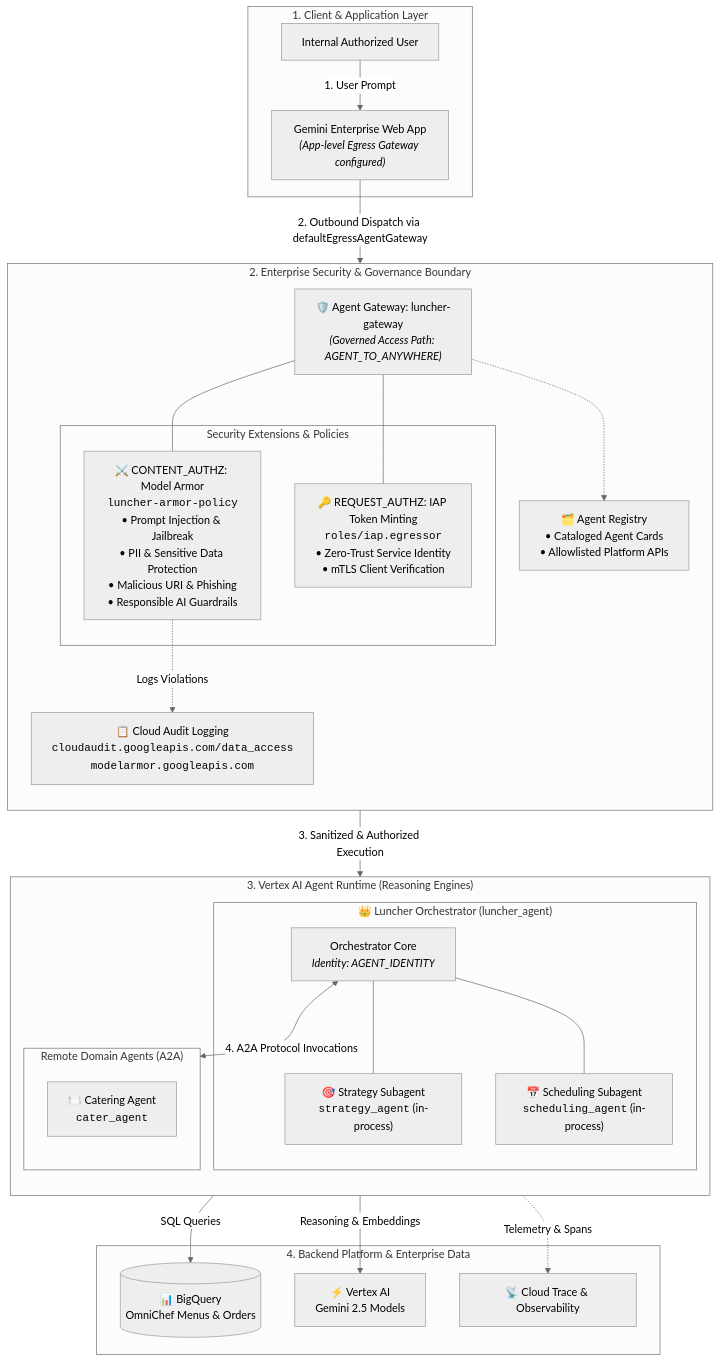
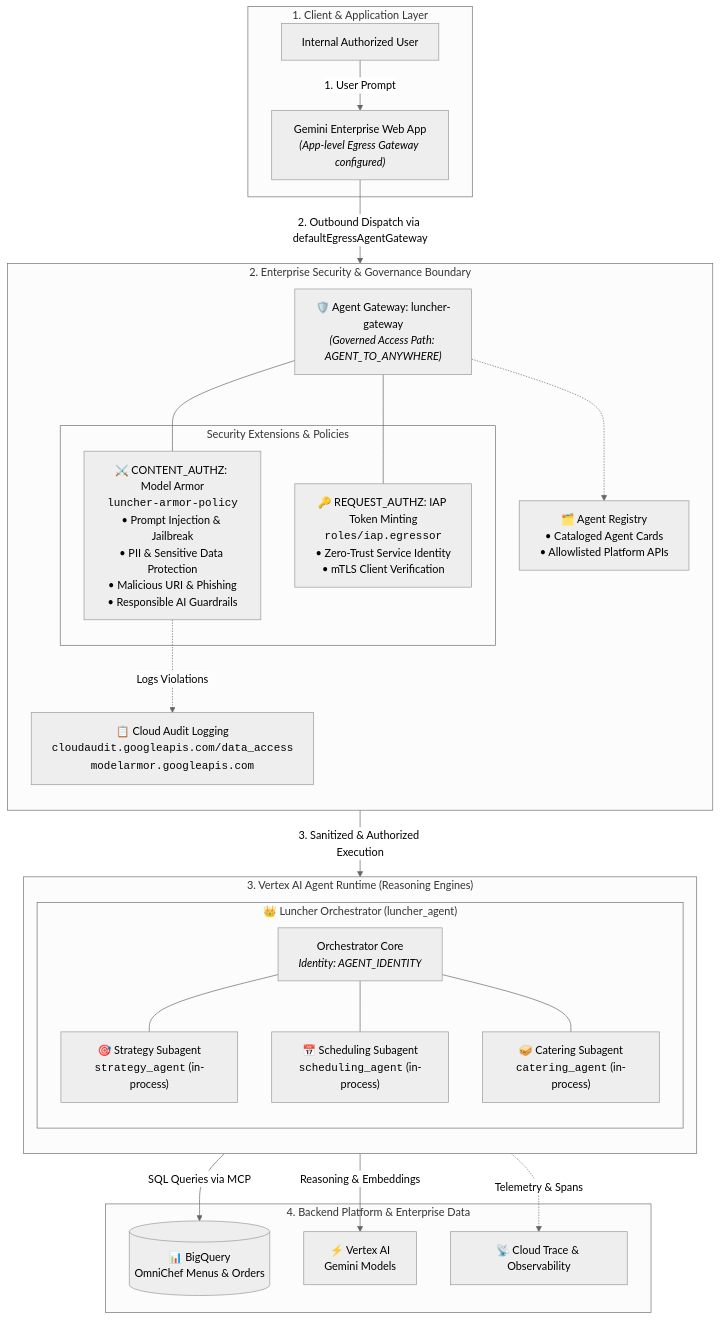
Before and after one commit to davidstanke/luncher: the diagram in docs/6_gateway_registry.md, drawn with Mermaid (neutral theme). The commit also changed other lines of this file and 30 other files, not shown here.

Commit message:
Refactor cater_agent tutorial to in-process subagent and purge A2A protocol

````diff
--- a/docs/6_gateway_registry.md
+++ b/docs/6_gateway_registry.md
@@ -18,54 +18,51 @@
 ```mermaid
 flowchart TD
     subgraph ClientLayer ["1. Client & Application Layer"]
         User["Internal Authorized User"]
         GE["Gemini Enterprise Web App<br/><i>(App-level Egress Gateway configured)</i>"]
     end
 
     subgraph SecurityBoundary ["2. Enterprise Security & Governance Boundary"]
         direction TB
         AGW["🛡️ Agent Gateway: luncher-gateway<br/><i>(Governed Access Path: AGENT_TO_ANYWHERE)</i>"]
         
         subgraph PolicyEngines ["Security Extensions & Policies"]
             MA["⚔️ CONTENT_AUTHZ: Model Armor<br/><code>luncher-armor-policy</code><br/>• Prompt Injection & Jailbreak<br/>• PII & Sensitive Data Protection<br/>• Malicious URI & Phishing<br/>• Responsible AI Guardrails"]
             IAP["🔑 REQUEST_AUTHZ: IAP Token Minting<br/><code>roles/iap.egressor</code><br/>• Zero-Trust Service Identity<br/>• mTLS Client Verification"]
         end
         
         REG["🗂️ Agent Registry<br/>• Cataloged Agent Cards<br/>• Allowlisted Platform APIs"]
         AUDIT["📋 Cloud Audit Logging<br/><code>cloudaudit.googleapis.com/data_access</code><br/><code>modelarmor.googleapis.com</code>"]
         
         AGW --- MA
         AGW --- IAP
         AGW -.-> REG
         MA -. "Logs Violations" .-> AUDIT
     end
 
     subgraph RuntimeLayer ["3. Vertex AI Agent Runtime (Reasoning Engines)"]
         direction TB
         subgraph OrchestratorGroup ["👑 Luncher Orchestrator (luncher_agent)"]
             Orchestrator["Orchestrator Core<br/><i>Identity: AGENT_IDENTITY</i>"]
             Strat["🎯 Strategy Subagent<br/><code>strategy_agent</code> (in-process)"]
             Sched["📅 Scheduling Subagent<br/><code>scheduling_agent</code> (in-process)"]
+            Cater["🥪 Catering Subagent<br/><code>catering_agent</code> (in-process)"]
             Orchestrator --- Strat
             Orchestrator --- Sched
-        end
-        
-        subgraph SubAgents ["Remote Domain Agents (A2A)"]
-            Cater["🍽️ Catering Agent<br/><code>cater_agent</code>"]
+            Orchestrator --- Cater
         end
     end
 
     subgraph BackendLayer ["4. Backend Platform & Enterprise Data"]
         BQ[("📊 BigQuery<br/>OmniChef Menus & Orders")]
-        VertexAI["⚡ Vertex AI<br/>Gemini 2.5 Models"]
+        VertexAI["⚡ Vertex AI<br/>Gemini Models"]
         Trace["📡 Cloud Trace & Observability"]
     end
 
     User -->|1. User Prompt| GE
     GE -->|2. Outbound Dispatch via defaultEgressAgentGateway| AGW
     AGW -->|3. Sanitized & Authorized Execution| Orchestrator
-    Orchestrator <-->|4. A2A Protocol Invocations| SubAgents
-    Cater -->|SQL Queries| BQ
+    Cater -->|SQL Queries via MCP| BQ
     Orchestrator -->|Reasoning & Embeddings| VertexAI
     RuntimeLayer -. "Telemetry & Spans" .-> Trace
 ```
````
